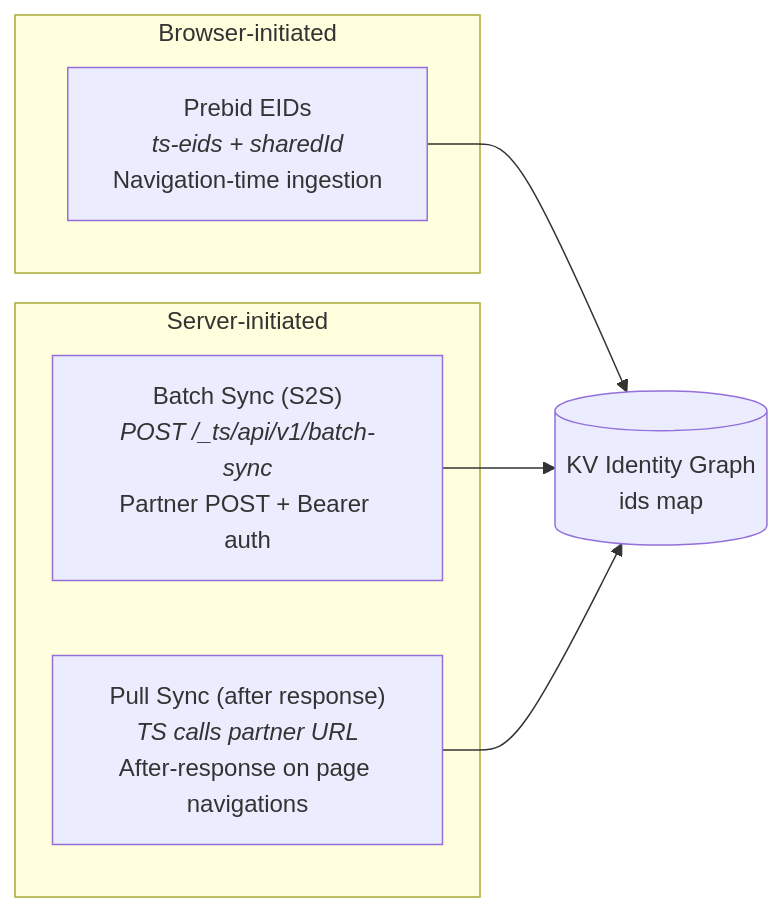
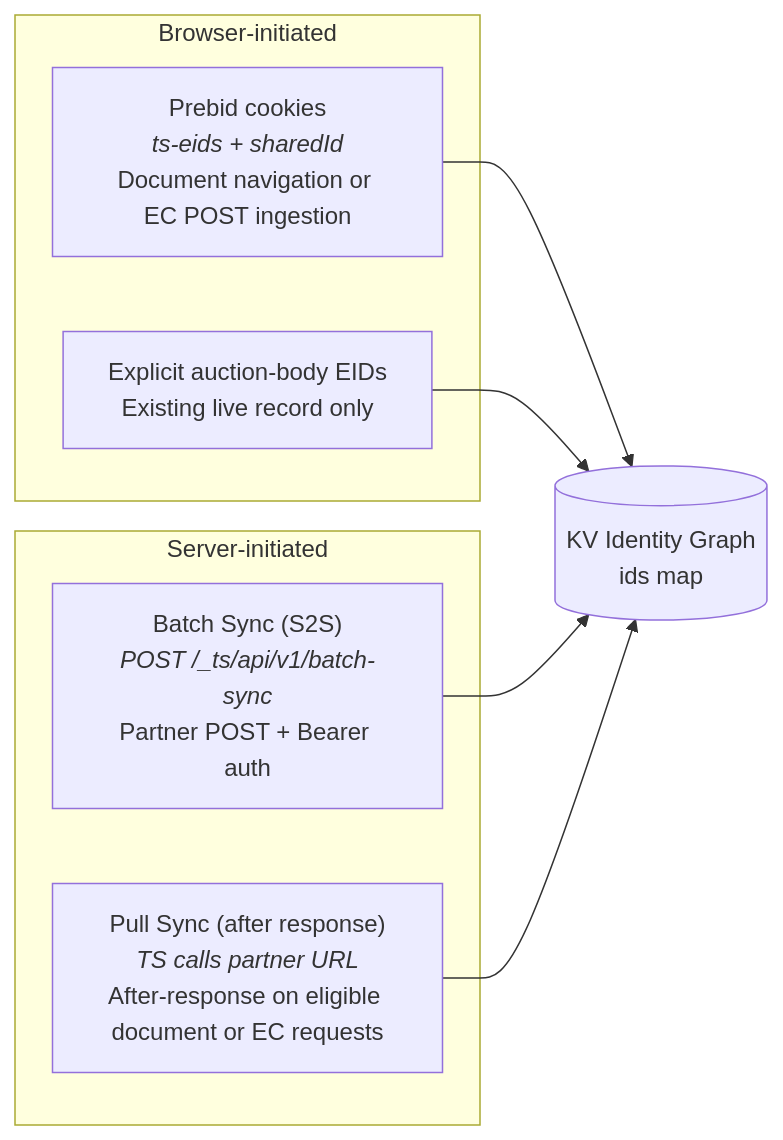
One commit to IABTechLab/trusted-server changed the fourth of 6 diagrams in docs/guide/edge-cookies.md. Above: the diagram before and after it, drawn with Mermaid. The commit also changed other lines of this file and 7 other files, not shown here.

````diff
--- a/docs/guide/edge-cookies.md
+++ b/docs/guide/edge-cookies.md
@@ -133,15 +136,17 @@
 ```mermaid
 flowchart LR
     subgraph Browser-initiated
-        Prebid["Prebid EIDs<br/><i>ts-eids + sharedId</i><br/>Navigation-time ingestion"]
+        Prebid["Prebid cookies<br/><i>ts-eids + sharedId</i><br/>Document navigation or EC POST ingestion"]
+        Auction["Explicit auction-body EIDs<br/>Existing live record only"]
     end
 
     subgraph Server-initiated
         Batch["Batch Sync (S2S)<br/><i>POST /_ts/api/v1/batch-sync</i><br/>Partner POST + Bearer auth"]
-        Pull["Pull Sync (after response)<br/><i>TS calls partner URL</i><br/>After-response on page navigations"]
+        Pull["Pull Sync (after response)<br/><i>TS calls partner URL</i><br/>After-response on eligible document or EC requests"]
     end
 
     Prebid --> KV[(KV Identity Graph<br/>ids map)]
+    Auction --> KV
     Batch --> KV
     Pull --> KV
 ```
````
